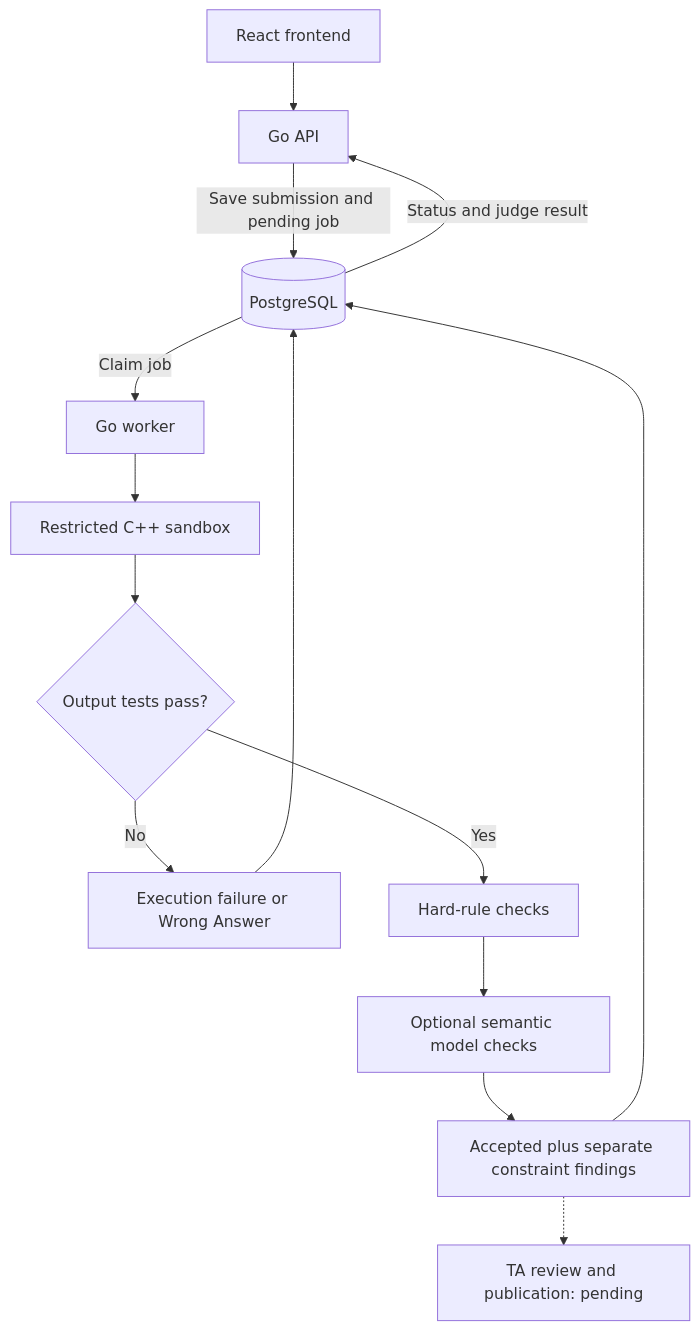
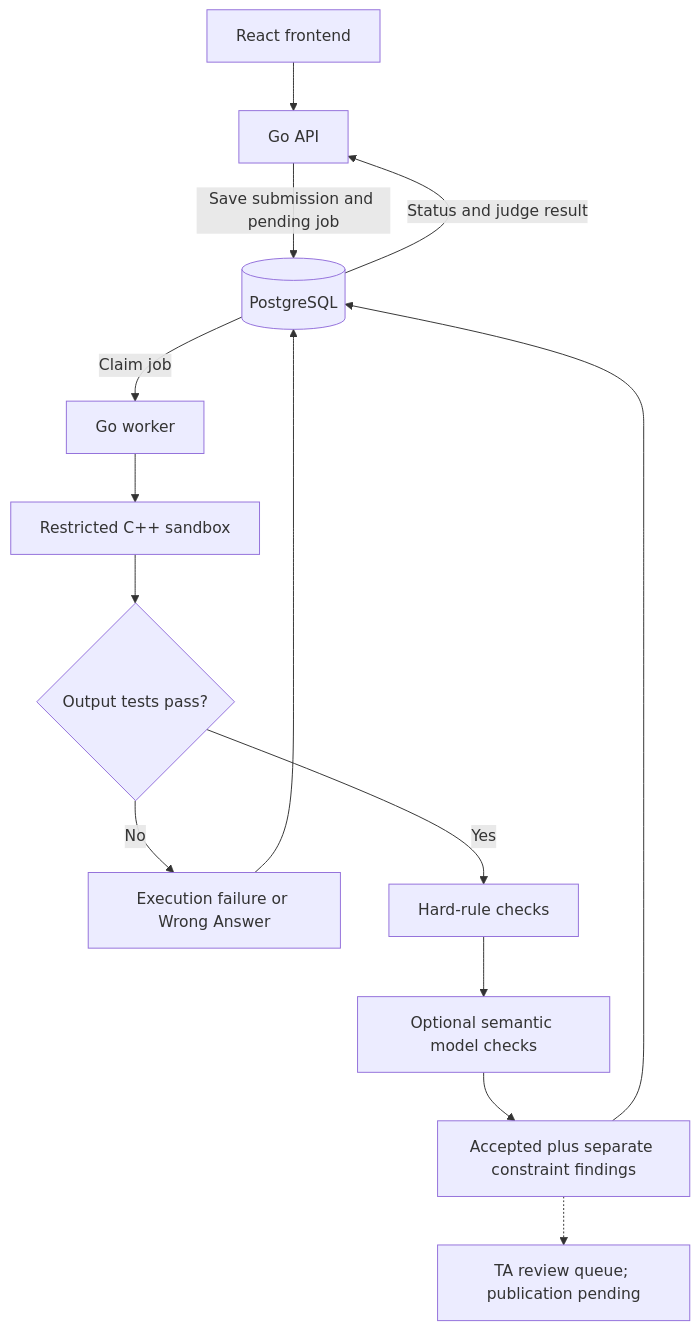
The diagram in README.md (AWAD-K23/AWAD-LeeTKOB), drawn with Mermaid before and after one commit. The commit also changed other lines of this file, not shown here.

First line of the commit message:
docs(pa3): correct README review status

````diff
--- a/README.md
+++ b/README.md
@@ -32,16 +32,16 @@
 ```mermaid
 flowchart TD
     Browser[React frontend] --> API[Go API]
     API -->|Save submission and pending job| DB[(PostgreSQL)]
     DB -->|Claim job| Worker[Go worker]
     Worker --> Sandbox[Restricted C++ sandbox]
     Sandbox --> Tests{Output tests pass?}
     Tests -->|No| Judge[Execution failure or Wrong Answer]
     Tests -->|Yes| Rules[Hard-rule checks]
     Rules --> Model[Optional semantic model checks]
     Model --> Results[Accepted plus separate constraint findings]
     Judge --> DB
     Results --> DB
     DB -->|Status and judge result| API
-    Results -.-> Review[TA review and publication: pending]
+    Results -.-> Review[TA review queue; publication pending]
 ```
````
